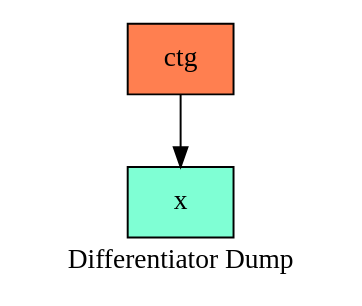
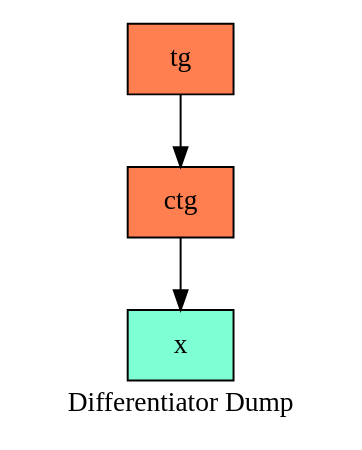
Before and after one commit to aidenfmunro/Differentiator: the diagram in log/dot/treegraph_0.dot, drawn with Graphviz. The commit also changed 5 other files, not shown here.

```diff
--- a/log/dot/treegraph_0.dot
+++ b/log/dot/treegraph_0.dot
@@ -1,9 +1,11 @@
   digraph tree  {
   node[   shape     = "Mrecord",  style     = "filled",  fillcolor = "aqua",  fontcolor = "#000000",  margin    = "0.075"];
   rankdir   = "TB";
 
   label     = "Differentiator Dump";
-"node0" [shape = "record", label = "{ctg}", fillcolor = "coral"]
-"node1" [shape = "record", label = "{x}", fillcolor = "aquamarine"]
+"node0" [shape = "record", label = "{tg}", fillcolor = "coral"]
+"node1" [shape = "record", label = "{ctg}", fillcolor = "coral"]
+"node2" [shape = "record", label = "{x}", fillcolor = "aquamarine"]
+"node1" -> "node2"
 "node0" -> "node1"
   }
```
